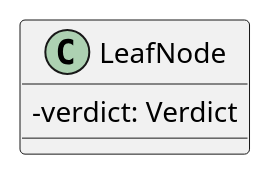
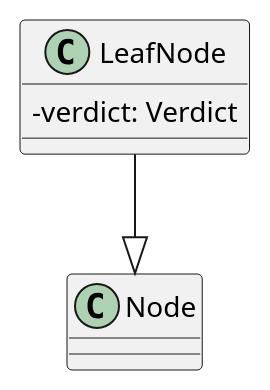
One commit to GroupRubberDuck/Documentazione changed the diagram in src/PB/DocumentazioneEsterna/Specifica_Tecnica/content/uml/puml/Dominio/LeafNode.puml. Above: the diagram before and after it, drawn with PlantUML. The commit also changed 10 other files, not shown here.

```diff
--- a/src/PB/DocumentazioneEsterna/Specifica_Tecnica/content/uml/puml/Dominio/LeafNode.puml
+++ b/src/PB/DocumentazioneEsterna/Specifica_Tecnica/content/uml/puml/Dominio/LeafNode.puml
@@ -1,9 +1,9 @@
 @startuml LeafNode
 skinparam linetype ortho
 skinparam classAttributeIconSize 0
 
 class LeafNode {
     - verdict: Verdict
 }
-
+LeafNode --|> Node
 @enduml
```
